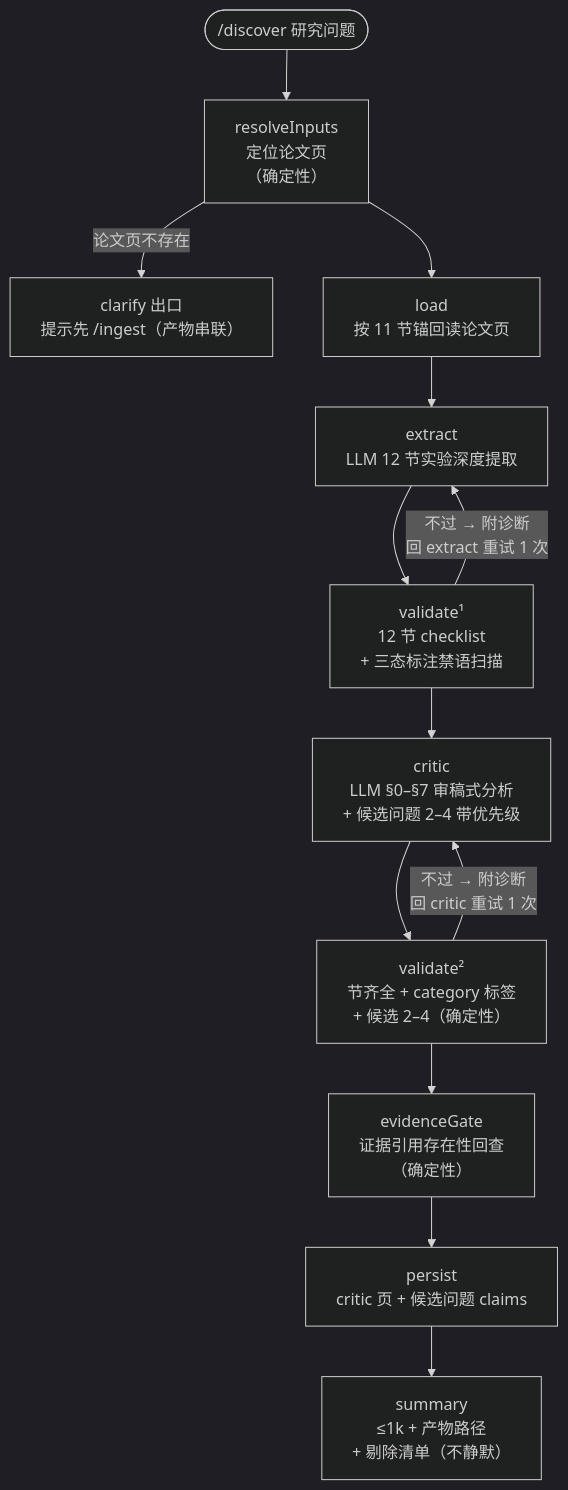
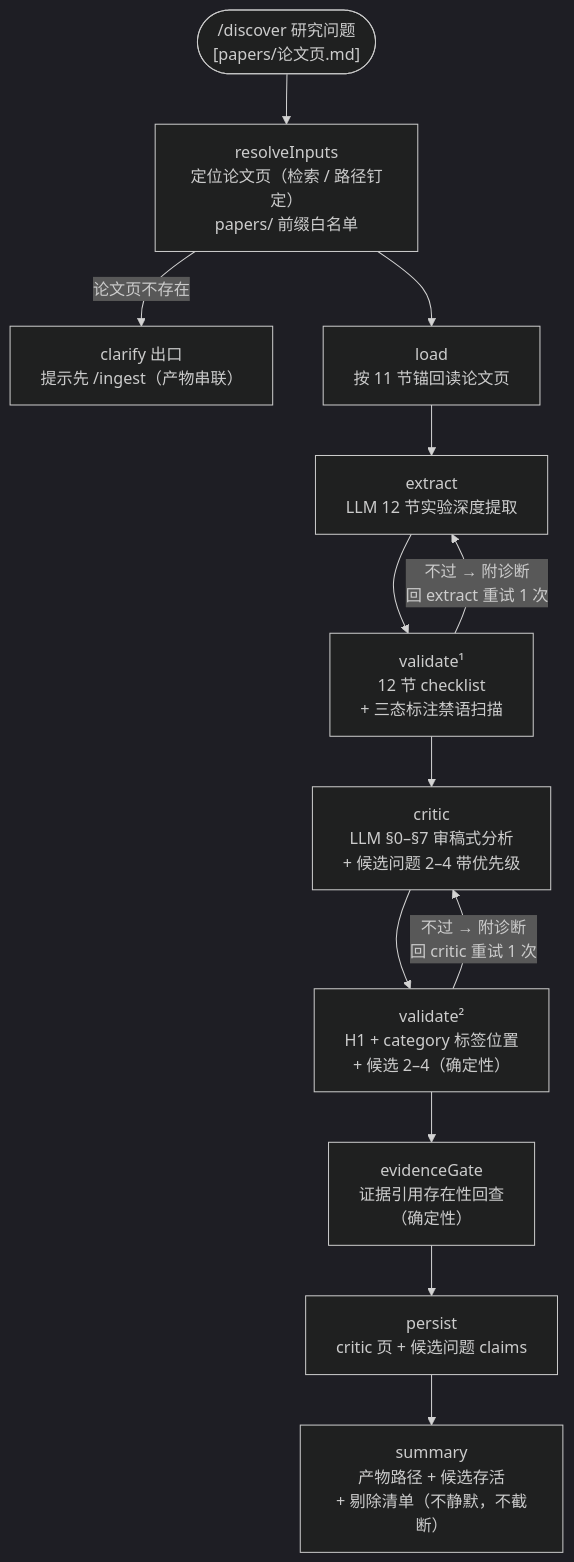
One commit to ACautomata/researcher-service changed the third of 3 diagrams in plugins/research/README.md. Above: the diagram before and after it, drawn with Mermaid (dark theme). The commit also changed other lines of this file and 18 other files, not shown here.

````diff
--- a/plugins/research/README.md
+++ b/plugins/research/README.md
@@ -97,15 +97,15 @@
 ```mermaid
 flowchart TD
-    S(["/discover 研究问题"]) --> RI["resolveInputs<br/>定位论文页<br/>（确定性）"]
+    S(["/discover 研究问题<br/>[papers/论文页.md]"]) --> RI["resolveInputs<br/>定位论文页（检索 / 路径钉定）<br/>papers/ 前缀白名单"]
     RI -->|"论文页不存在"| CL["clarify 出口<br/>提示先 /ingest（产物串联）"]
     RI --> L["load<br/>按 11 节锚回读论文页"]
     L --> EX["extract<br/>LLM 12 节实验深度提取"]
     EX --> V1["validate¹<br/>12 节 checklist<br/>+ 三态标注禁语扫描"]
     V1 -->|"不过 → 附诊断<br/>回 extract 重试 1 次"| EX
     V1 --> CR["critic<br/>LLM §0–§7 审稿式分析<br/>+ 候选问题 2–4 带优先级"]
-    CR --> V2["validate²<br/>节齐全 + category 标签<br/>+ 候选 2–4（确定性）"]
+    CR --> V2["validate²<br/>H1 + category 标签位置<br/>+ 候选 2–4（确定性）"]
     V2 -->|"不过 → 附诊断<br/>回 critic 重试 1 次"| CR
     V2 --> EG["evidenceGate<br/>证据引用存在性回查<br/>（确定性）"]
     EG --> P["persist<br/>critic 页 + 候选问题 claims"]
-    P --> SM["summary<br/>≤1k + 产物路径<br/>+ 剔除清单（不静默）"]
+    P --> SM["summary<br/>产物路径 + 候选存活<br/>+ 剔除清单（不静默，不截断）"]
 ```
````
